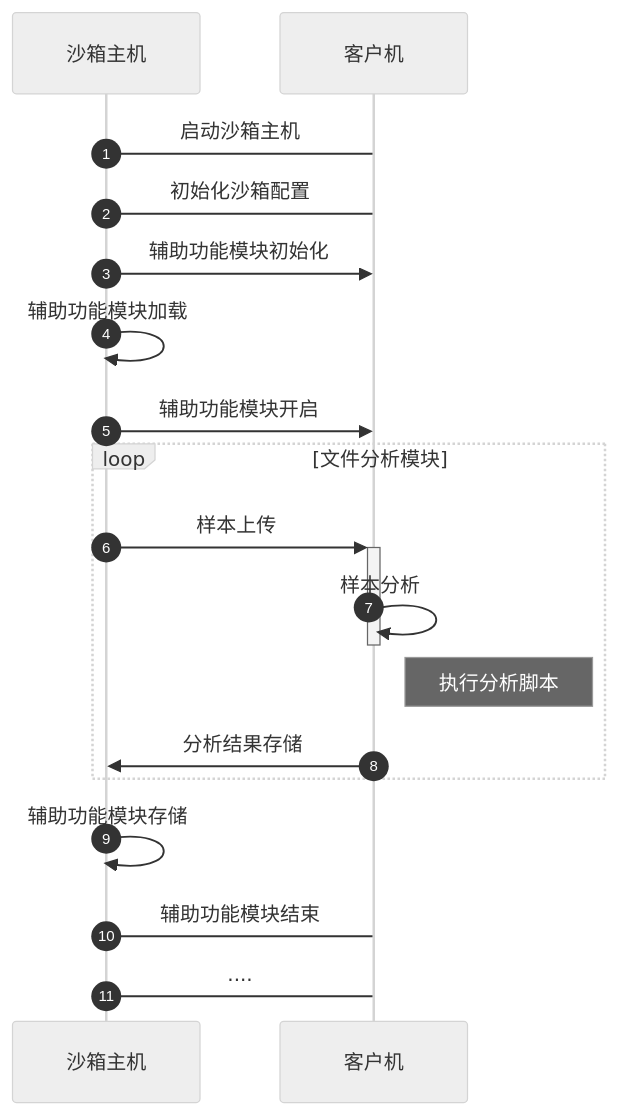
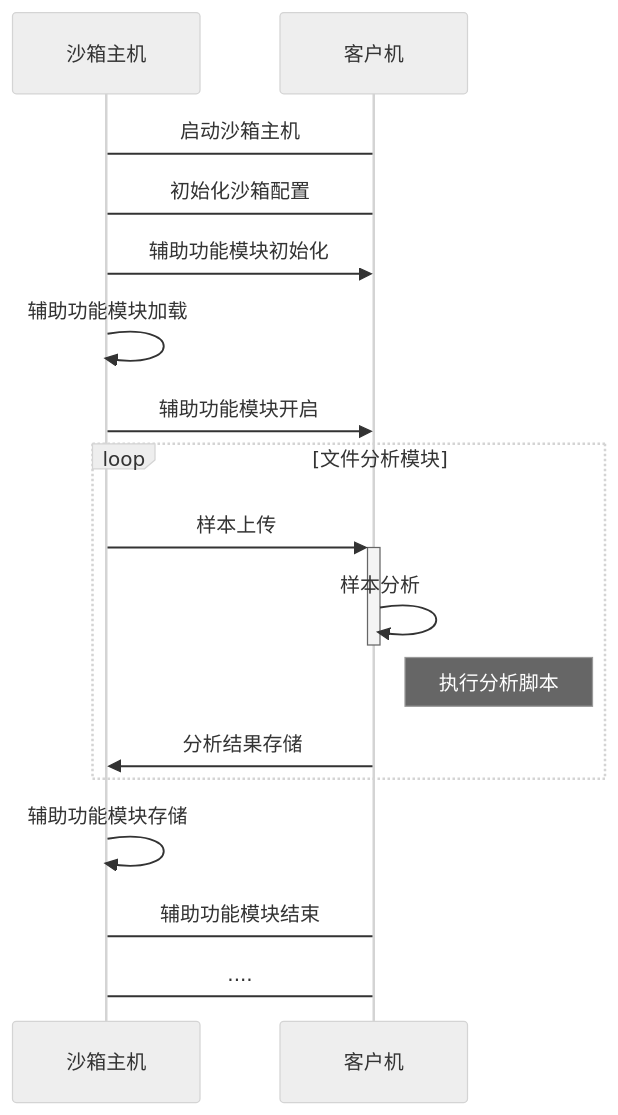
One commit to PowerLZY/Bold-Falcon changed the first of 2 diagrams in Experiment of CyberSec/Mid_review/网络安全综合实验-中期检查-设计文档.md. Above: the diagram before and after it, drawn with Mermaid (neutral theme).

Commit message:
设计文档-test3

````diff
--- a/Experiment of CyberSec/Mid_review/网络安全综合实验-中期检查-设计文档.md
+++ b/Experiment of CyberSec/Mid_review/网络安全综合实验-中期检查-设计文档.md
@@ -136,26 +136,24 @@
 ```mermaid
 %% 时序图例子,-> 直线，-->虚线，->>实线箭头
  sequenceDiagram
   participant 沙箱主机
   participant 客户机
-  autonumber 
-    #opt is run
       %%rect rgb(121, 255, 121)
       沙箱主机->客户机: 启动沙箱主机
       沙箱主机->客户机: 初始化沙箱配置
       #rect rgb(135,206,250)
       沙箱主机->>客户机: 辅助功能模块初始化
       沙箱主机->>沙箱主机: 辅助功能模块加载
       沙箱主机->>客户机: 辅助功能模块开启
       loop 文件分析模块
         沙箱主机->>+客户机: 样本上传
         客户机->>-客户机: 样本分析
         Note right of 客户机: 执行分析脚本
         客户机->>沙箱主机: 分析结果存储
       end
       沙箱主机->>沙箱主机: 辅助功能模块存储
       沙箱主机->客户机: 辅助功能模块结束
-      #end
+     
       沙箱主机->客户机: ....
     #end
 ```
````
